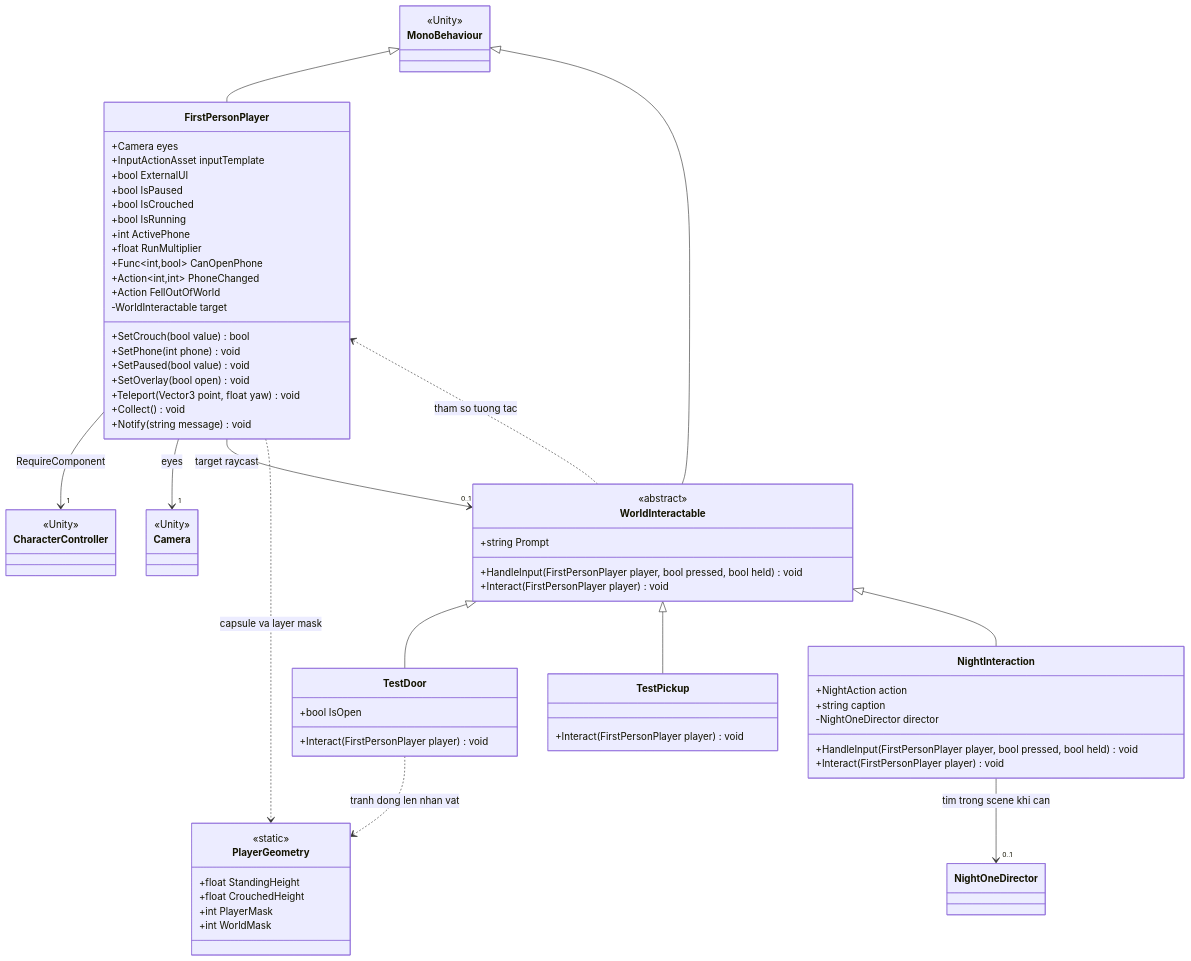
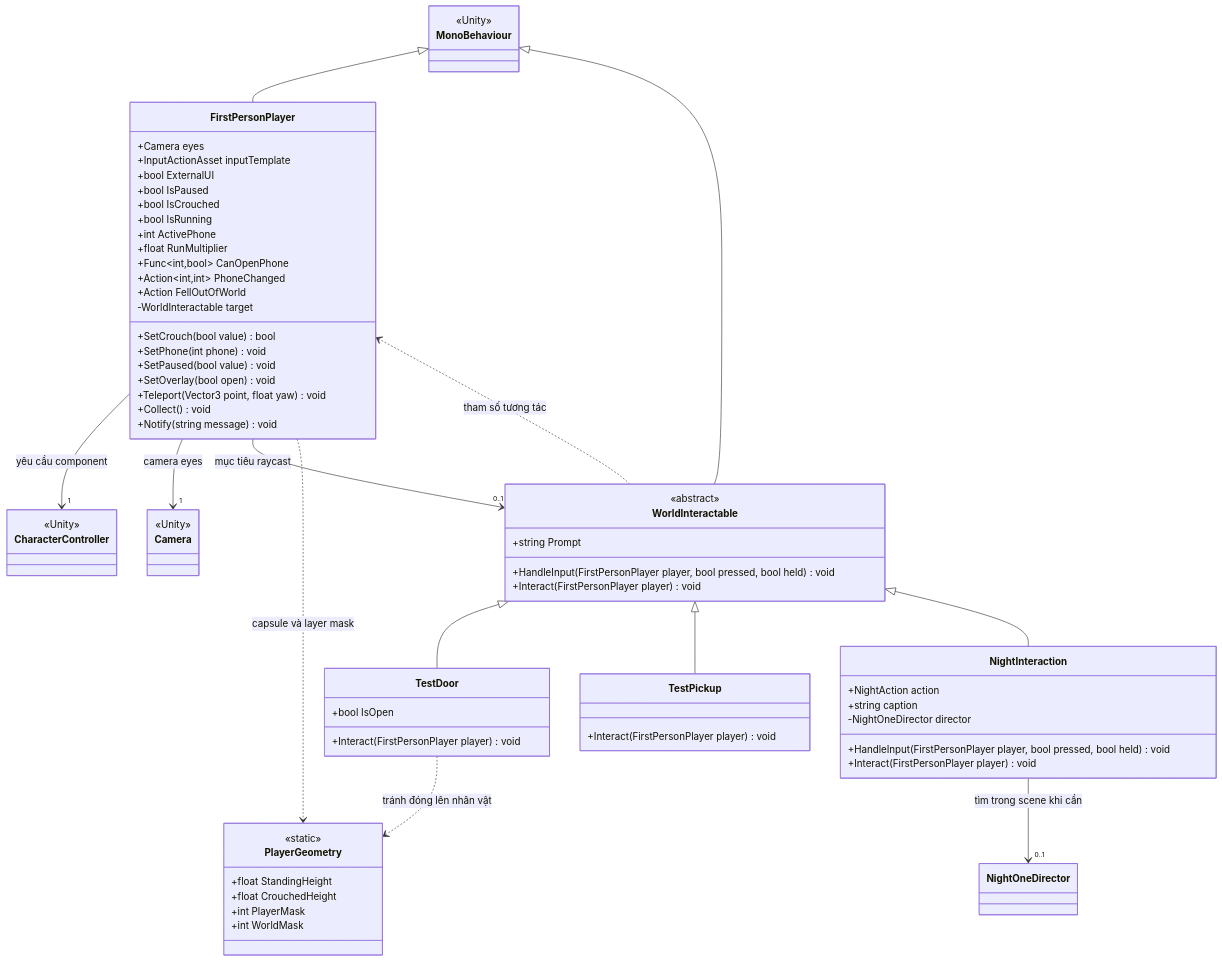
The first of 5 diagrams in docs/thiet-ke/luoc-do-lop-game.md (qivarnq3g/3-gio-12), drawn with Mermaid before and after one commit. The commit also changed other lines of this file, not shown here.

````diff
--- a/docs/thiet-ke/luoc-do-lop-game.md
+++ b/docs/thiet-ke/luoc-do-lop-game.md
@@ -26,73 +26,73 @@
 ```mermaid
 classDiagram
     direction TB
     class MonoBehaviour {
         <<Unity>>
     }
     class FirstPersonPlayer {
         +Camera eyes
         +InputActionAsset inputTemplate
         +bool ExternalUI
         +bool IsPaused
         +bool IsCrouched
         +bool IsRunning
         +int ActivePhone
         +float RunMultiplier
         +Func~int,bool~ CanOpenPhone
         +Action~int,int~ PhoneChanged
         +Action FellOutOfWorld
         -WorldInteractable target
         +SetCrouch(bool value) bool
         +SetPhone(int phone) void
         +SetPaused(bool value) void
         +SetOverlay(bool open) void
         +Teleport(Vector3 point, float yaw) void
         +Collect() void
         +Notify(string message) void
     }
     class WorldInteractable {
         <<abstract>>
         +string Prompt
         +HandleInput(FirstPersonPlayer player, bool pressed, bool held) void
         +Interact(FirstPersonPlayer player) void
     }
     class TestDoor {
         +bool IsOpen
         +Interact(FirstPersonPlayer player) void
     }
     class TestPickup {
         +Interact(FirstPersonPlayer player) void
     }
     class NightInteraction {
         +NightAction action
         +string caption
         -NightOneDirector director
         +HandleInput(FirstPersonPlayer player, bool pressed, bool held) void
         +Interact(FirstPersonPlayer player) void
     }
     class PlayerGeometry {
         <<static>>
         +float StandingHeight
         +float CrouchedHeight
         +int PlayerMask
         +int WorldMask
     }
     class CharacterController {
         <<Unity>>
     }
     class Camera {
         <<Unity>>
     }
     MonoBehaviour <|-- FirstPersonPlayer
     MonoBehaviour <|-- WorldInteractable
     WorldInteractable <|-- TestDoor
     WorldInteractable <|-- TestPickup
     WorldInteractable <|-- NightInteraction
-    FirstPersonPlayer --> "1" CharacterController : RequireComponent
-    FirstPersonPlayer --> "1" Camera : eyes
-    FirstPersonPlayer --> "0..1" WorldInteractable : target raycast
-    FirstPersonPlayer ..> PlayerGeometry : capsule va layer mask
-    TestDoor ..> PlayerGeometry : tranh dong len nhan vat
-    WorldInteractable ..> FirstPersonPlayer : tham so tuong tac
-    NightInteraction --> "0..1" NightOneDirector : tim trong scene khi can
+    FirstPersonPlayer --> "1" CharacterController : yêu cầu component
+    FirstPersonPlayer --> "1" Camera : camera eyes
+    FirstPersonPlayer --> "0..1" WorldInteractable : mục tiêu raycast
+    FirstPersonPlayer ..> PlayerGeometry : capsule và layer mask
+    TestDoor ..> PlayerGeometry : tránh đóng lên nhân vật
+    WorldInteractable ..> FirstPersonPlayer : tham số tương tác
+    NightInteraction --> "0..1" NightOneDirector : tìm trong scene khi cần
 ```
````
